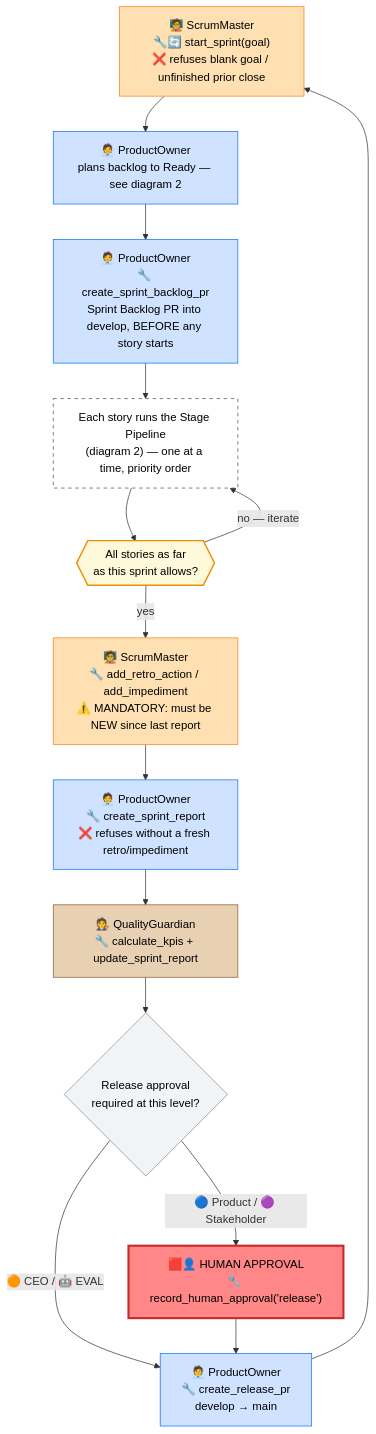
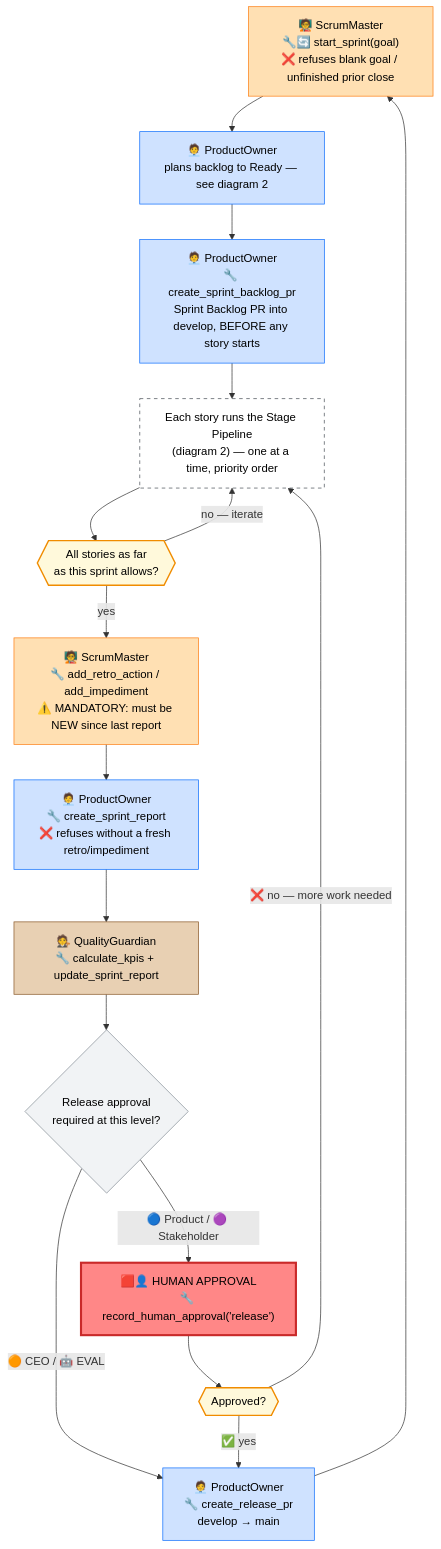
Before and after one commit to CI-Till-Krempel/Horseless-Carriage: the first of 2 diagrams in docs/DEVELOPMENT-WORKFLOW.md, drawn with Mermaid. The commit also changed other lines of this file, not shown here.

````diff
--- a/docs/DEVELOPMENT-WORKFLOW.md
+++ b/docs/DEVELOPMENT-WORKFLOW.md
@@ -48,27 +50,30 @@
 ```mermaid
 flowchart TD
     A["🧑‍🏫 ScrumMaster\n🔧🔄 start_sprint(goal)\n❌ refuses blank goal / unfinished prior close"]:::sm --> B["🧑‍💼 ProductOwner\nplans backlog to Ready — see diagram 2"]:::po
     B --> C["🧑‍💼 ProductOwner\n🔧 create_sprint_backlog_pr\nSprint Backlog PR into develop, BEFORE any story starts"]:::po
     C --> D["Each story runs the Stage Pipeline\n(diagram 2) — one at a time, priority order"]:::multi
     D --> E{{"All stories as far\nas this sprint allows?"}}:::loop
     E -- "no — iterate" --> D
     E -- yes --> F["🧑‍🏫 ScrumMaster\n🔧 add_retro_action / add_impediment\n⚠️ MANDATORY: must be NEW since last report"]:::sm
     F --> G["🧑‍💼 ProductOwner\n🔧 create_sprint_report\n❌ refuses without a fresh retro/impediment"]:::po
     G --> H["🧑‍⚖️ QualityGuardian\n🔧 calculate_kpis + update_sprint_report"]:::qg
     H --> I{"Release approval\nrequired at this level?"}:::gate
     I -- "🔵 Product / 🟣 Stakeholder" --> J["🟥👤 HUMAN APPROVAL\n🔧 record_human_approval('release')"]:::human
     I -- "🟠 CEO / 🤖 EVAL" --> K
-    J --> K["🧑‍💼 ProductOwner\n🔧 create_release_pr\ndevelop → main"]:::po
+    J --> ReleaseGate{{"Approved?"}}:::loop
+    ReleaseGate -- "❌ no — more work needed" --> D
+    ReleaseGate -- "✅ yes" --> K
+    K["🧑‍💼 ProductOwner\n🔧 create_release_pr\ndevelop → main"]:::po
     K --> A
 
     classDef po fill:#cfe2ff,stroke:#0d6efd,color:#000
     classDef sm fill:#ffe0b3,stroke:#fd7e14,color:#000
     classDef dev fill:#d1f7d6,stroke:#198754,color:#000
     classDef arch fill:#e6d9f7,stroke:#6f42c1,color:#000
     classDef qa fill:#fff3b0,stroke:#e0b400,color:#000
     classDef qg fill:#e8d0b3,stroke:#8b5a2b,color:#000
     classDef human fill:#ff8787,stroke:#c92a2a,stroke-width:3px,color:#000
     classDef gate fill:#f1f3f5,stroke:#868e96,color:#000
     classDef multi fill:#ffffff,stroke:#495057,stroke-dasharray: 5 5,color:#000
     classDef loop fill:#fff9db,stroke:#f08c00,stroke-width:2px,color:#000
 ```
````
